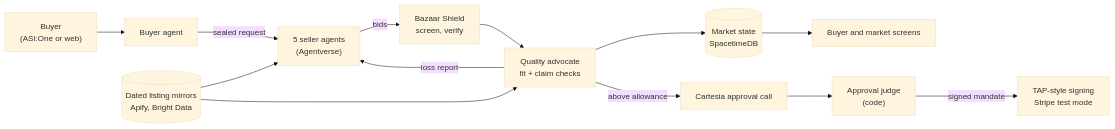
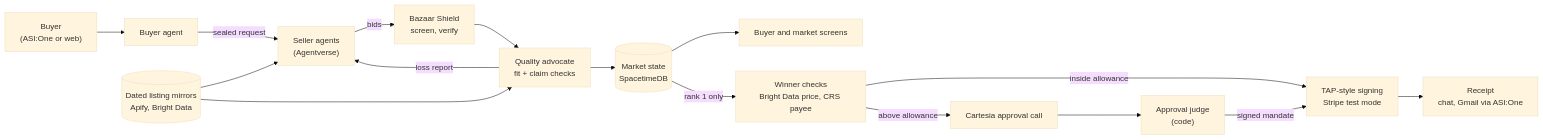
The diagram in README.md (vs-githjk/cal-hacks-2026), drawn with Mermaid (base theme) before and after one commit. The commit also changed other lines of this file, not shown here.

````diff
--- a/README.md
+++ b/README.md
@@ -66,15 +67,18 @@
 ```mermaid
 flowchart LR
     U["Buyer<br/>(ASI:One or web)"] --> B["Buyer agent"]
-    B -- "sealed request" --> S["5 seller agents<br/>(Agentverse)"]
+    B -- "sealed request" --> S["Seller agents<br/>(Agentverse)"]
     S -- "bids" --> SH["Bazaar Shield<br/>screen, verify"]
     SH --> A["Quality advocate<br/>fit + claim checks"]
     M[("Dated listing mirrors<br/>Apify, Bright Data")] --> S
     M --> A
     A --> MK[("Market state<br/>SpacetimeDB")]
     MK --> W["Buyer and market screens"]
-    A -- "above allowance" --> C["Cartesia approval call"]
+    MK -- "rank 1 only" --> G["Winner checks<br/>Bright Data price, CRS payee"]
+    G -- "inside allowance" --> P["TAP-style signing<br/>Stripe test mode"]
+    G -- "above allowance" --> C["Cartesia approval call"]
     C --> J["Approval judge<br/>(code)"]
-    J -- "signed mandate" --> P["TAP-style signing<br/>Stripe test mode"]
+    J -- "signed mandate" --> P
+    P --> R["Receipt<br/>chat, Gmail via ASI:One"]
     A -- "loss report" --> S
 ```
````
